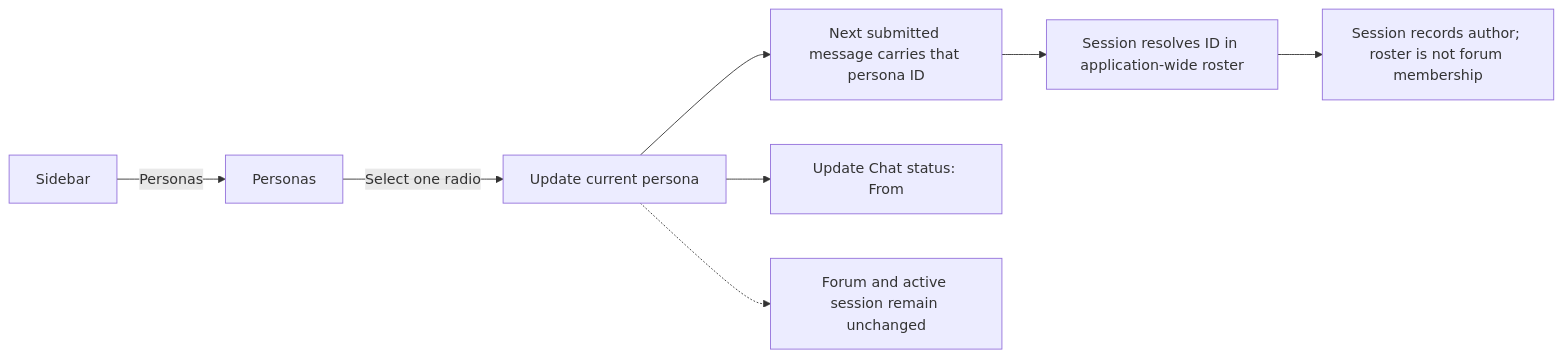
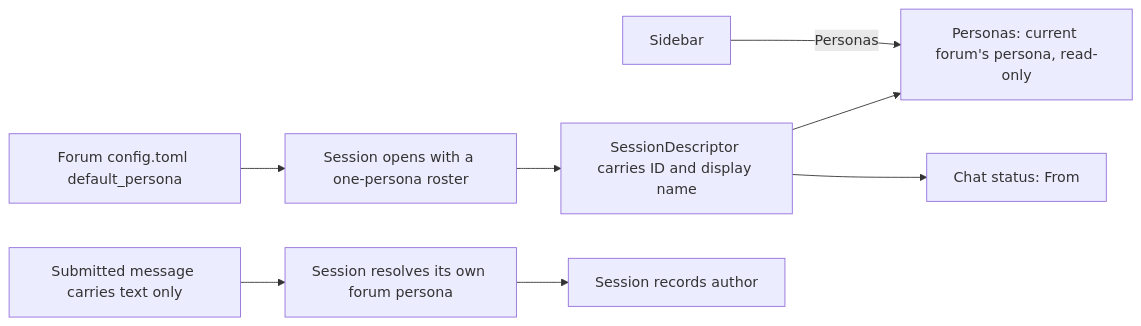
One commit to michaelpopov/cha changed the fourth of 6 diagrams in docs/web-ui/flows.md. Above: the diagram before and after it, drawn with Mermaid. The commit also changed other lines of this file and 51 other files, not shown here.

Commit message:
Making persona forum level

````diff
--- a/docs/web-ui/flows.md
+++ b/docs/web-ui/flows.md
@@ -51,10 +51,10 @@
 ```mermaid
 flowchart LR
-    Sidebar["Sidebar"] -->|"Personas"| Personas["Personas"]
-    Personas -->|"Select one radio"| Current["Update current persona"]
-    Current --> Next["Next submitted message carries that persona ID"]
-    Next --> Resolve["Session resolves ID in application-wide roster"]
-    Resolve --> Session["Session records author; roster is not forum membership"]
-    Current --> Status["Update Chat status: From"]
-    Current -.-> Unchanged["Forum and active session remain unchanged"]
+    Sidebar["Sidebar"] -->|"Personas"| Personas["Personas: current forum's persona, read-only"]
+    Config["Forum config.toml default_persona"] --> Open["Session opens with a one-persona roster"]
+    Open --> Descriptor["SessionDescriptor carries ID and display name"]
+    Descriptor --> Personas
+    Descriptor --> Status["Chat status: From"]
+    Submit["Submitted message carries text only"] --> Resolve["Session resolves its own forum persona"]
+    Resolve --> Session["Session records author"]
 ```
````
